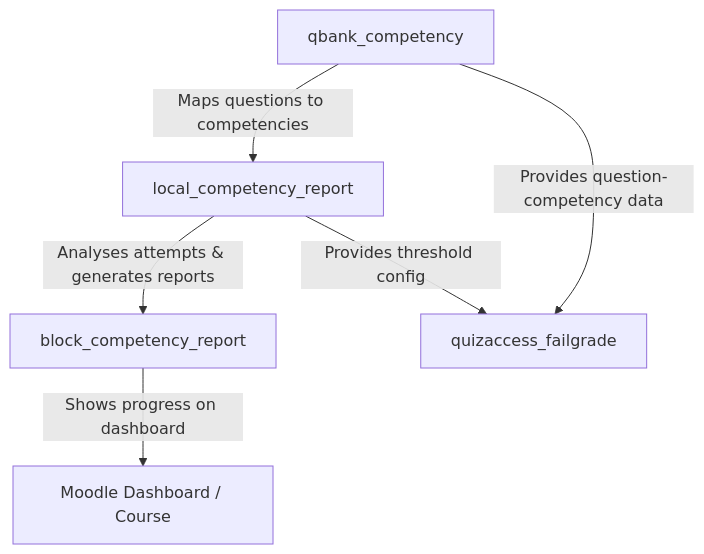
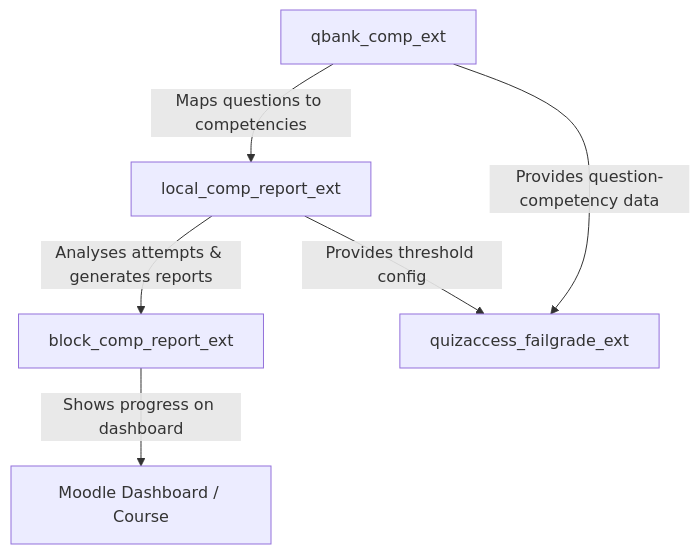
One commit to engfeda-ui/competency-report changed the diagram in README.md. Above: the diagram before and after it, drawn with Mermaid. The commit also changed other lines of this file and 82 other files, not shown here.

````diff
--- a/README.md
+++ b/README.md
@@ -151,8 +151,8 @@
 ```mermaid
 graph TD
-    A[qbank_competency] -->|Maps questions to competencies| B[local_competency_report]
-    B -->|Analyses attempts & generates reports| C[block_competency_report]
+    A[qbank_comp_ext] -->|Maps questions to competencies| B[local_comp_report_ext]
+    B -->|Analyses attempts & generates reports| C[block_comp_report_ext]
     C -->|Shows progress on dashboard| D[Moodle Dashboard / Course]
-    B -->|Provides threshold config| E[quizaccess_failgrade]
+    B -->|Provides threshold config| E[quizaccess_failgrade_ext]
     A -->|Provides question-competency data| E
 ```
````
